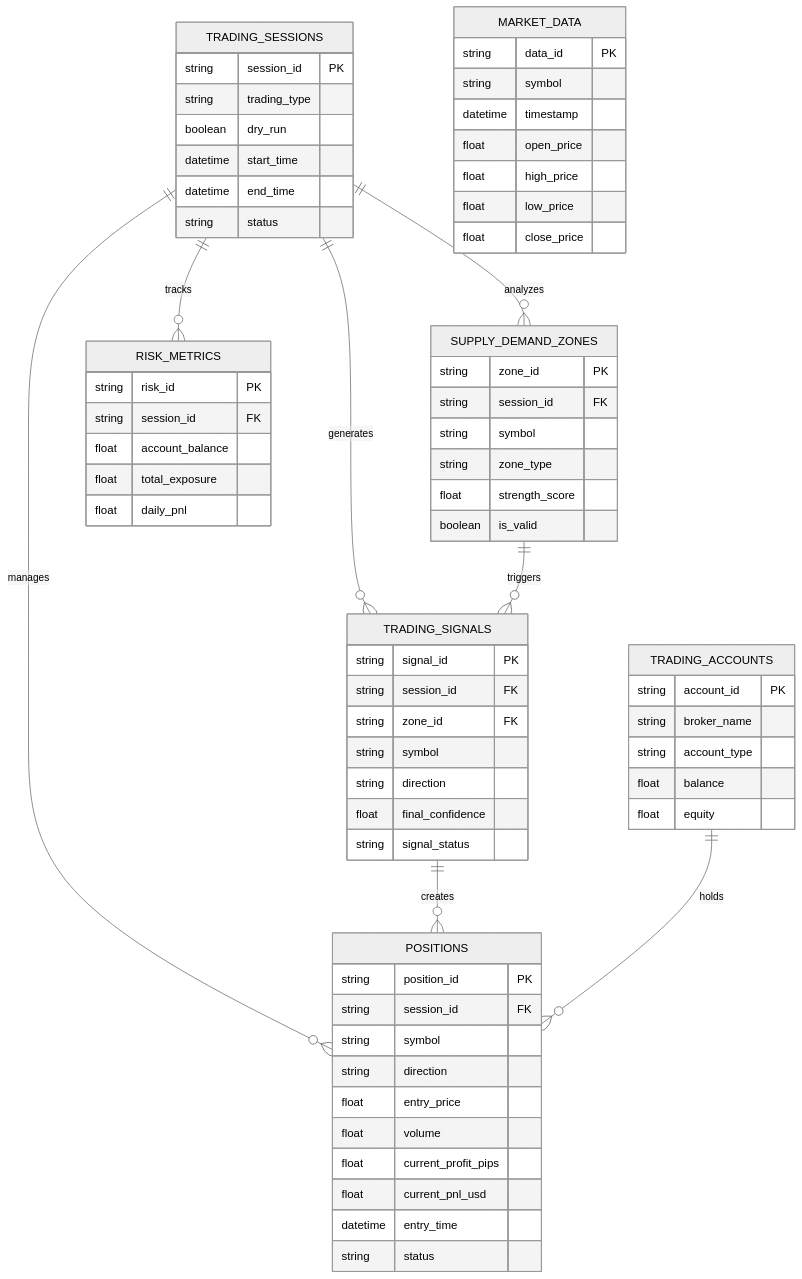
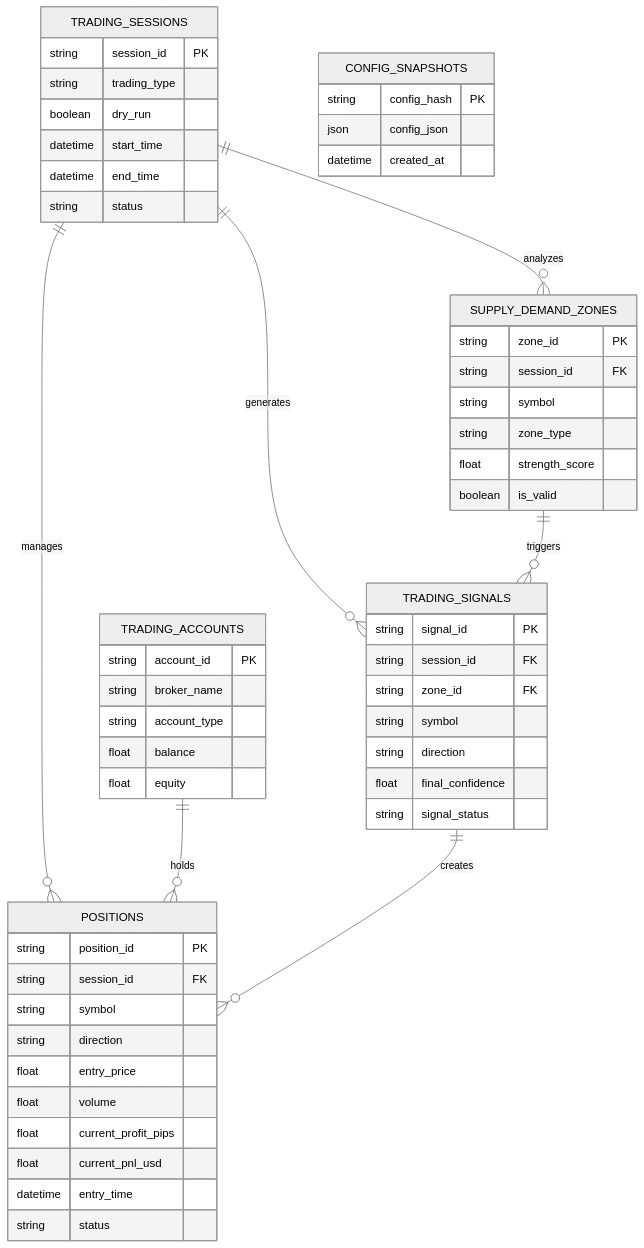
Before and after one commit to ndra969/trading-bot: the diagram in docs/diagrams/database-erd.md, drawn with Mermaid (neutral theme). The commit also changed other lines of this file and 1 other file, not shown here.

Commit message:
docs: fix broken references and correct database table count

````diff
--- a/docs/diagrams/database-erd.md
+++ b/docs/diagrams/database-erd.md
@@ -33,77 +33,64 @@
 ```mermaid
 erDiagram
     TRADING_SESSIONS {
         string session_id PK
         string trading_type
         boolean dry_run
         datetime start_time
         datetime end_time
         string status
     }
 
     POSITIONS {
         string position_id PK
         string session_id FK
         string symbol
         string direction
         float entry_price
         float volume
         float current_profit_pips
         float current_pnl_usd
         datetime entry_time
         string status
     }
 
     TRADING_SIGNALS {
         string signal_id PK
         string session_id FK
         string zone_id FK
         string symbol
         string direction
         float final_confidence
         string signal_status
     }
 
     SUPPLY_DEMAND_ZONES {
         string zone_id PK
         string session_id FK
         string symbol
         string zone_type
         float strength_score
         boolean is_valid
     }
 
     TRADING_ACCOUNTS {
         string account_id PK
         string broker_name
         string account_type
         float balance
         float equity
     }
 
-    RISK_METRICS {
-        string risk_id PK
-        string session_id FK
-        float account_balance
-        float total_exposure
-        float daily_pnl
-    }
-
-    MARKET_DATA {
-        string data_id PK
-        string symbol
-        datetime timestamp
-        float open_price
-        float high_price
-        float low_price
-        float close_price
+    CONFIG_SNAPSHOTS {
+        string config_hash PK
+        json config_json
+        datetime created_at
     }
 
     TRADING_SESSIONS ||--o{ POSITIONS : "manages"
+    TRADING_SESSIONS ||--o{ SUPPLY_DEMAND_ZONES : "analyzes"
     TRADING_SESSIONS ||--o{ TRADING_SIGNALS : "generates"
-    TRADING_SESSIONS ||--o{ SUPPLY_DEMAND_ZONES : "analyzes"
-    TRADING_SESSIONS ||--o{ RISK_METRICS : "tracks"
+    TRADING_ACCOUNTS ||--o{ POSITIONS : "holds"
     SUPPLY_DEMAND_ZONES ||--o{ TRADING_SIGNALS : "triggers"
     TRADING_SIGNALS ||--o{ POSITIONS : "creates"
-    TRADING_ACCOUNTS ||--o{ POSITIONS : "holds"
 ```
````
